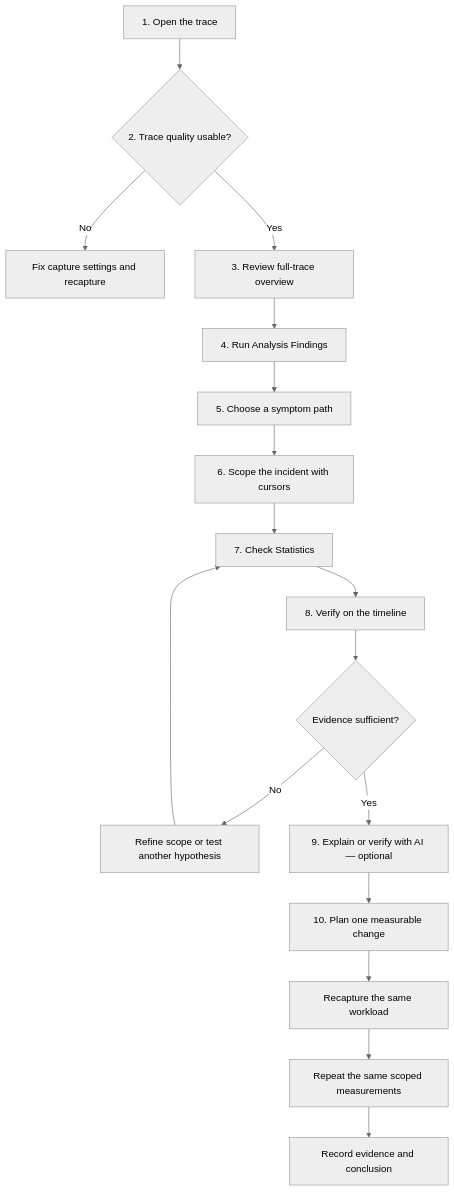
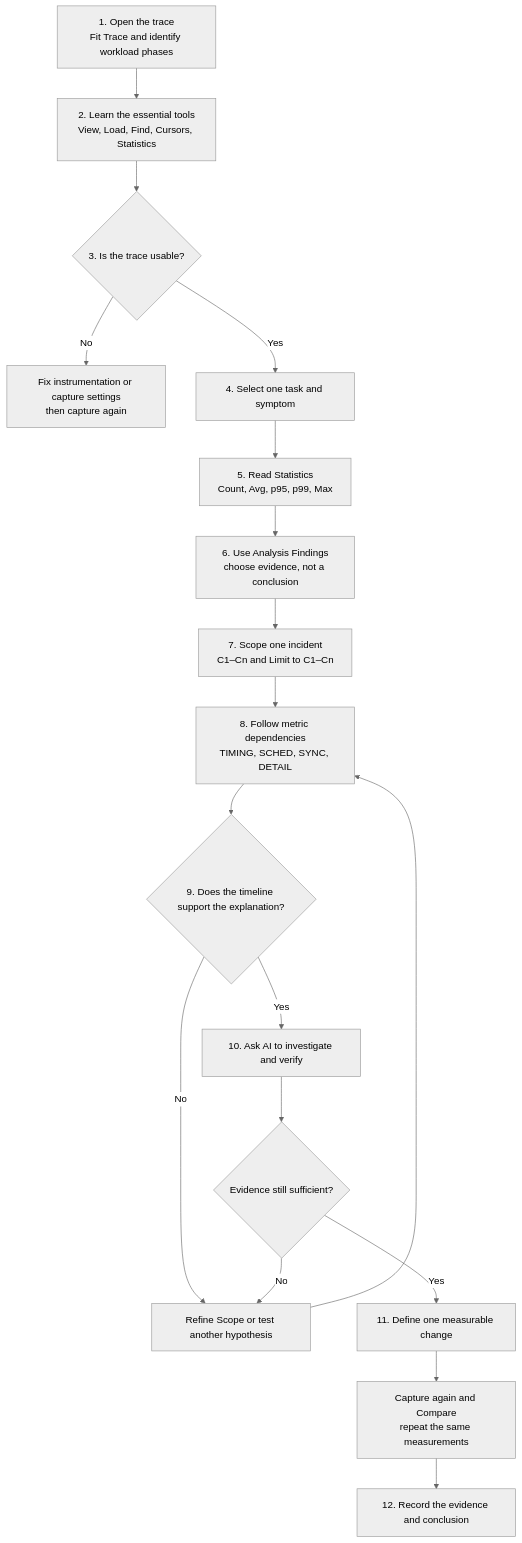
One commit to kuopinghsu/FreeRTOS-BTF-Trace changed the first of 6 diagrams in BTFViewer/WORKFLOWS.md. Above: the diagram before and after it, drawn with Mermaid (neutral theme). The commit also changed other lines of this file and 112 other files, not shown here.

````diff
--- a/BTFViewer/WORKFLOWS.md
+++ b/BTFViewer/WORKFLOWS.md
@@ -15,19 +5,20 @@
 ```mermaid
 flowchart TD
-  open["1. Open the trace"] --> health{"2. Trace quality usable?"}
-  health -- No --> recapture["Fix capture settings and recapture"]
-  health -- Yes --> overview["3. Review full-trace overview"]
-  overview --> triage["4. Run Analysis Findings"]
-  triage --> route["5. Choose a symptom path"]
-  route --> scope["6. Scope the incident with cursors"]
-  scope --> measure["7. Check Statistics"]
-  measure --> timeline["8. Verify on the timeline"]
-  timeline --> evidence{"Evidence sufficient?"}
-  evidence -- No --> refine["Refine scope or test another hypothesis"]
-  refine --> measure
-  evidence -- Yes --> explain["9. Explain or verify with AI — optional"]
-  explain --> change["10. Plan one measurable change"]
-  change --> recapture2["Recapture the same workload"]
-  recapture2 --> remeasure["Repeat the same scoped measurements"]
-  remeasure --> close["Record evidence and conclusion"]
+  open["1. Open the trace<br/>Fit Trace and identify workload phases"] --> tools["2. Learn the essential tools<br/>View, Load, Find, Cursors, Statistics"]
+  tools --> quality{"3. Is the trace usable?"}
+  quality -->|No| recapture["Fix instrumentation or capture settings<br/>then capture again"]
+  quality -->|Yes| task["4. Select one task and symptom"]
+  task --> stats["5. Read Statistics<br/>Count, Avg, p95, p99, Max"]
+  stats --> triage["6. Use Analysis Findings<br/>choose evidence, not a conclusion"]
+  triage --> scope["7. Scope one incident<br/>C1–Cn and Limit to C1–Cn"]
+  scope --> dependency["8. Follow metric dependencies<br/>TIMING, SCHED, SYNC, DETAIL"]
+  dependency --> timeline{"9. Does the timeline support the explanation?"}
+  timeline -->|No| refine["Refine Scope or test another hypothesis"]
+  refine --> dependency
+  timeline -->|Yes| ai["10. Ask AI to investigate and verify"]
+  ai --> verify{"Evidence still sufficient?"}
+  verify -->|No| refine
+  verify -->|Yes| change["11. Define one measurable change"]
+  change --> compare["Capture again and Compare<br/>repeat the same measurements"]
+  compare --> record["12. Record the evidence and conclusion"]
 ```
````
